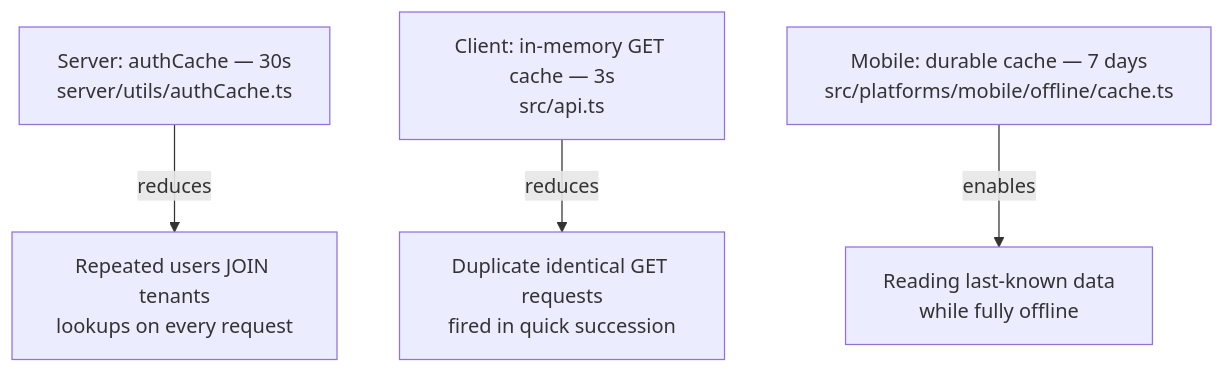
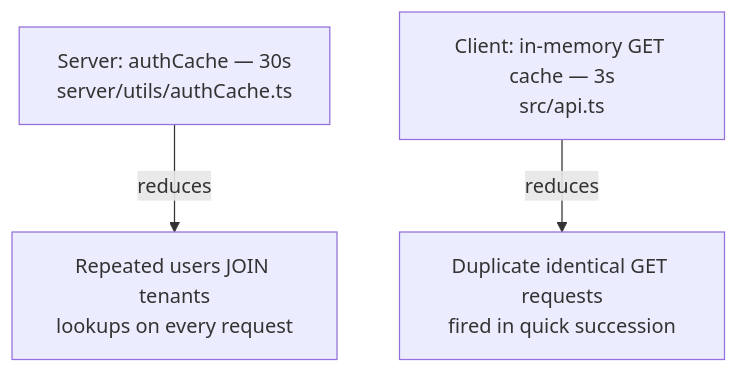
Before and after one commit to prathame/DG-ERP: the diagram in engineering-academy/docs/performance/caching.md, drawn with Mermaid. The commit also changed other lines of this file and 65 other files, not shown here.

````diff
--- a/engineering-academy/docs/performance/caching.md
+++ b/engineering-academy/docs/performance/caching.md
@@ -10,6 +10,5 @@
 ```mermaid
 graph TD
     A[Server: authCache — 30s<br/>server/utils/authCache.ts] -->|reduces| A1[Repeated users JOIN tenants<br/>lookups on every request]
     B[Client: in-memory GET cache — 3s<br/>src/api.ts] -->|reduces| B1[Duplicate identical GET requests<br/>fired in quick succession]
-    C[Mobile: durable cache — 7 days<br/>src/platforms/mobile/offline/cache.ts] -->|enables| C1[Reading last-known data<br/>while fully offline]
 ```
````
